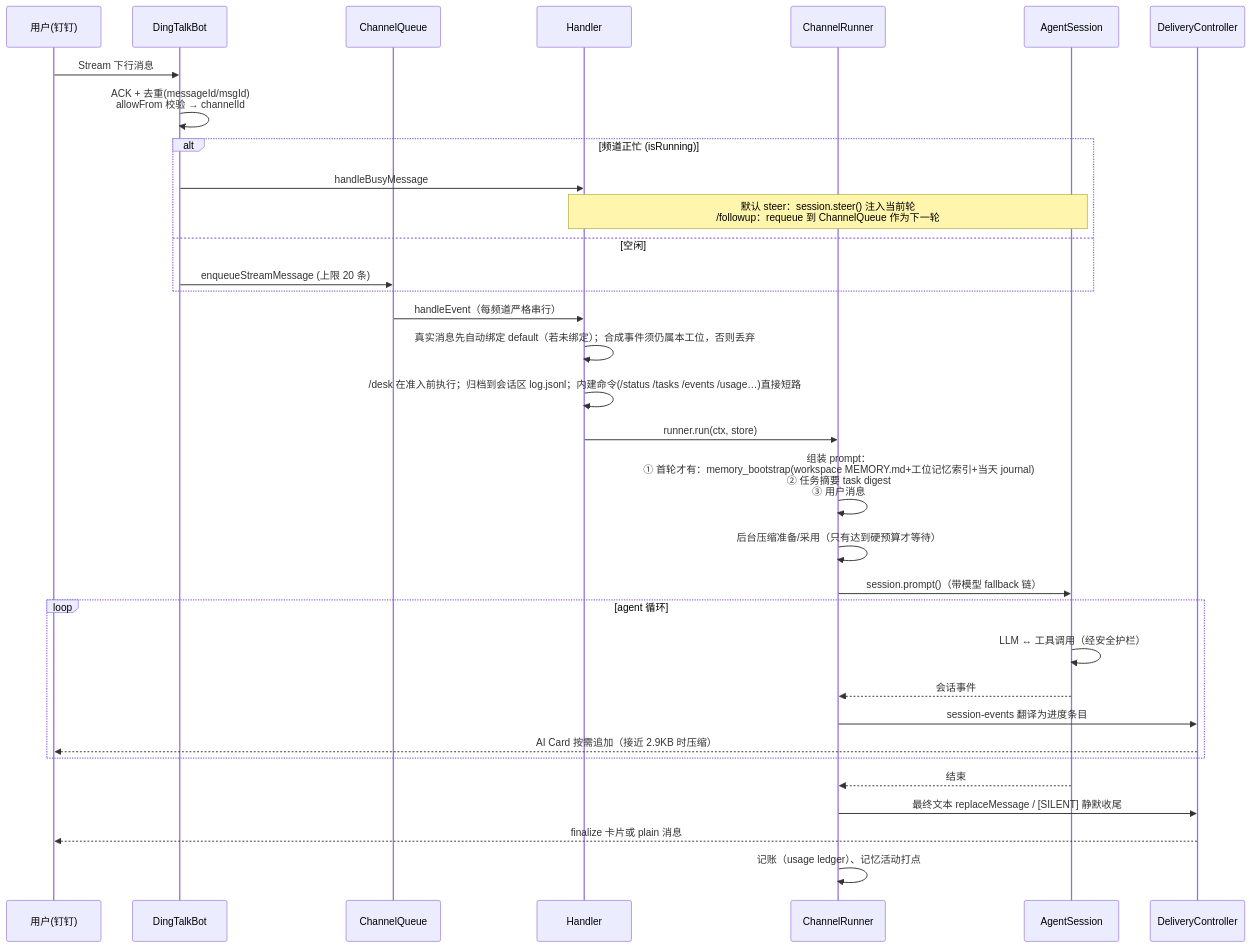
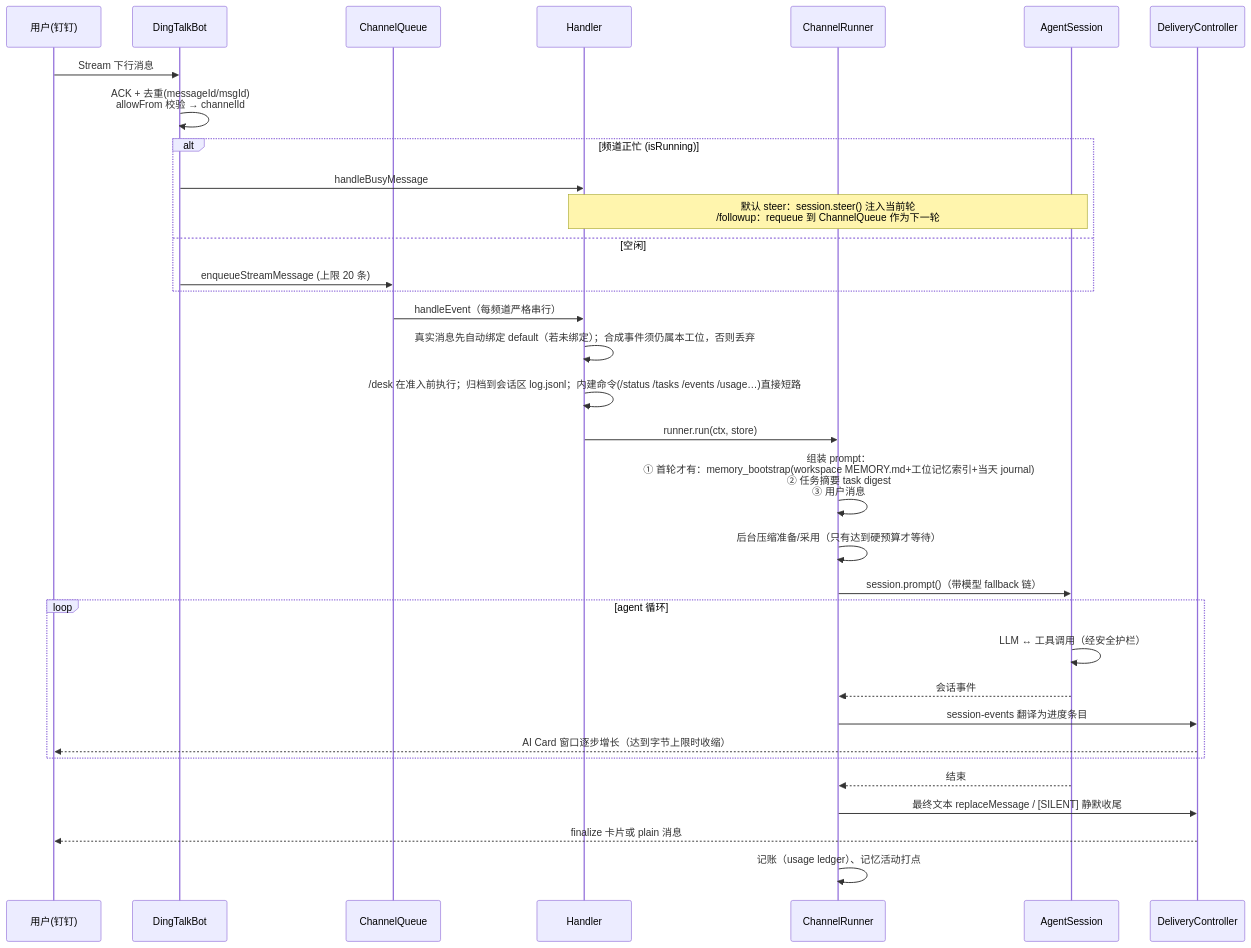
The second of 4 diagrams in docs/architecture.md (oyasmi/pipiclaw), drawn with Mermaid before and after one commit. The commit also changed other lines of this file and 8 other files, not shown here.

````diff
--- a/docs/architecture.md
+++ b/docs/architecture.md
@@ -130,36 +130,36 @@
 ```mermaid
 sequenceDiagram
     participant U as 用户(钉钉)
     participant B as DingTalkBot
     participant Q as ChannelQueue
     participant H as Handler
     participant R as ChannelRunner
     participant S as AgentSession
     participant D as DeliveryController
 
     U->>B: Stream 下行消息
     B->>B: ACK + 去重(messageId/msgId)<br/>allowFrom 校验 → channelId
     alt 频道正忙 (isRunning)
         B->>H: handleBusyMessage
         Note over H,S: 默认 steer：session.steer() 注入当前轮<br/>/followup：requeue 到 ChannelQueue 作为下一轮
     else 空闲
         B->>Q: enqueueStreamMessage (上限 20 条)
     end
     Q->>H: handleEvent（每频道严格串行）
     H->>H: 真实消息先自动绑定 default（若未绑定）；合成事件须仍属本工位，否则丢弃
     H->>H: /desk 在准入前执行；归档到会话区 log.jsonl；内建命令(/status /tasks /events /usage…)直接短路
     H->>R: runner.run(ctx, store)
     R->>R: 组装 prompt：<br/>① 首轮才有：memory_bootstrap(workspace MEMORY.md+工位记忆索引+当天 journal)<br/>② 任务摘要 task digest<br/>③ 用户消息
     R->>R: 后台压缩准备/采用（只有达到硬预算才等待）
     R->>S: session.prompt()（带模型 fallback 链）
     loop agent 循环
         S->>S: LLM ↔ 工具调用（经安全护栏）
         S-->>R: 会话事件
         R->>D: session-events 翻译为进度条目
-        D-->>U: AI Card 按需追加（接近 2.9KB 时压缩）
+        D-->>U: AI Card 窗口逐步增长（达到字节上限时收缩）
     end
     S-->>R: 结束
     R->>D: 最终文本 replaceMessage / [SILENT] 静默收尾
     D-->>U: finalize 卡片或 plain 消息
     R->>R: 记账（usage ledger）、记忆活动打点
 ```
````
